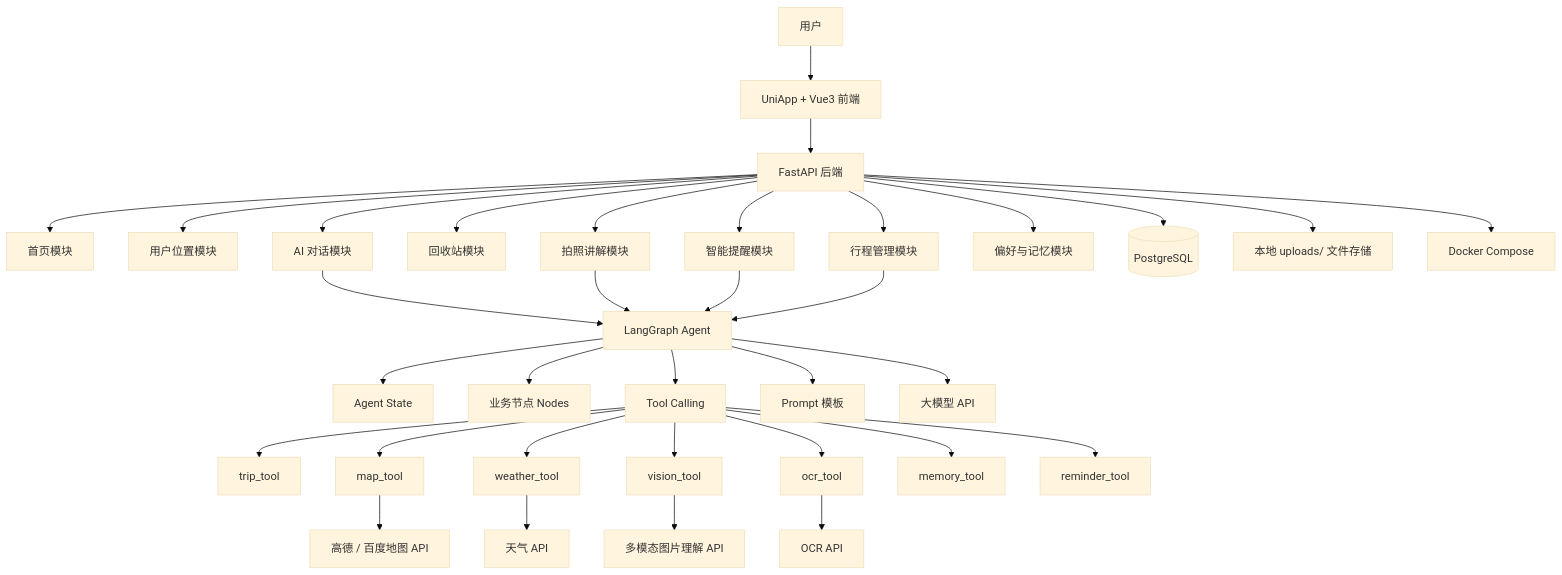
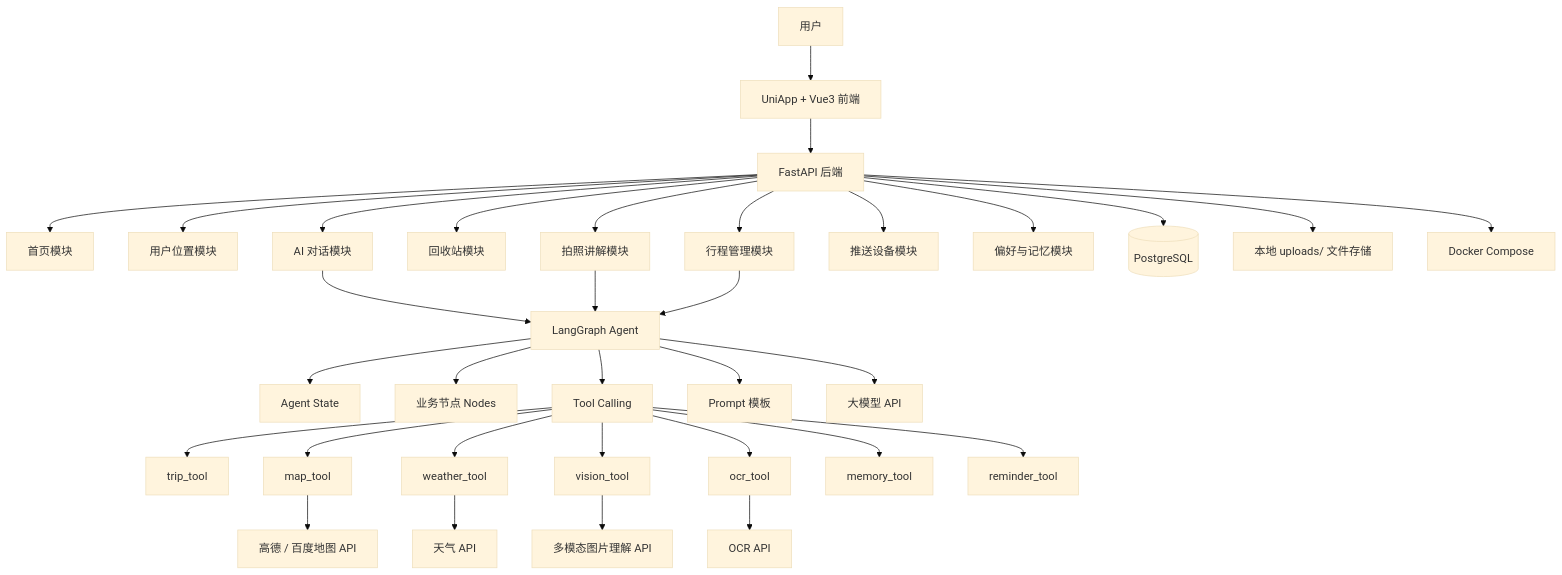
One commit to linzch23/DaoYou changed the first of 10 diagrams in docs/技术设计文档.md. Above: the diagram before and after it, drawn with Mermaid (base theme). The commit also changed other lines of this file and 83 other files, not shown here.

````diff
--- a/docs/技术设计文档.md
+++ b/docs/技术设计文档.md
@@ -77,43 +77,42 @@
 ```mermaid
 flowchart TD
     U[用户] --> F[UniApp + Vue3 前端]
     F --> API[FastAPI 后端]
 
     API --> Home[首页模块]
     API --> Location[用户位置模块]
     API --> Trip[行程管理模块]
     API --> Trash[回收站模块]
     API --> Chat[AI 对话模块]
     API --> Photo[拍照讲解模块]
-    API --> Reminder[智能提醒模块]
+    API --> PushDevice[推送设备模块]
     API --> Pref[偏好与记忆模块]
 
     Chat --> Agent[LangGraph Agent]
     Photo --> Agent
-    Reminder --> Agent
     Trip --> Agent
 
     Agent --> State[Agent State]
     Agent --> Nodes[业务节点 Nodes]
     Agent --> Tools[Tool Calling]
     Agent --> Prompts[Prompt 模板]
 
     Tools --> TripTool[trip_tool]
     Tools --> MapTool[map_tool]
     Tools --> WeatherTool[weather_tool]
     Tools --> VisionTool[vision_tool]
     Tools --> OCRTool[ocr_tool]
     Tools --> MemoryTool[memory_tool]
     Tools --> ReminderTool[reminder_tool]
 
     API --> PG[(PostgreSQL)]
     API --> Uploads[本地 uploads/ 文件存储]
 
     VisionTool --> VisionAPI[多模态图片理解 API]
     OCRTool --> OCRAPI[OCR API]
     Agent --> LLM[大模型 API]
     MapTool --> MapAPI[高德 / 百度地图 API]
     WeatherTool --> WeatherAPI[天气 API]
 
     API --> Docker[Docker Compose]
 ```
````
